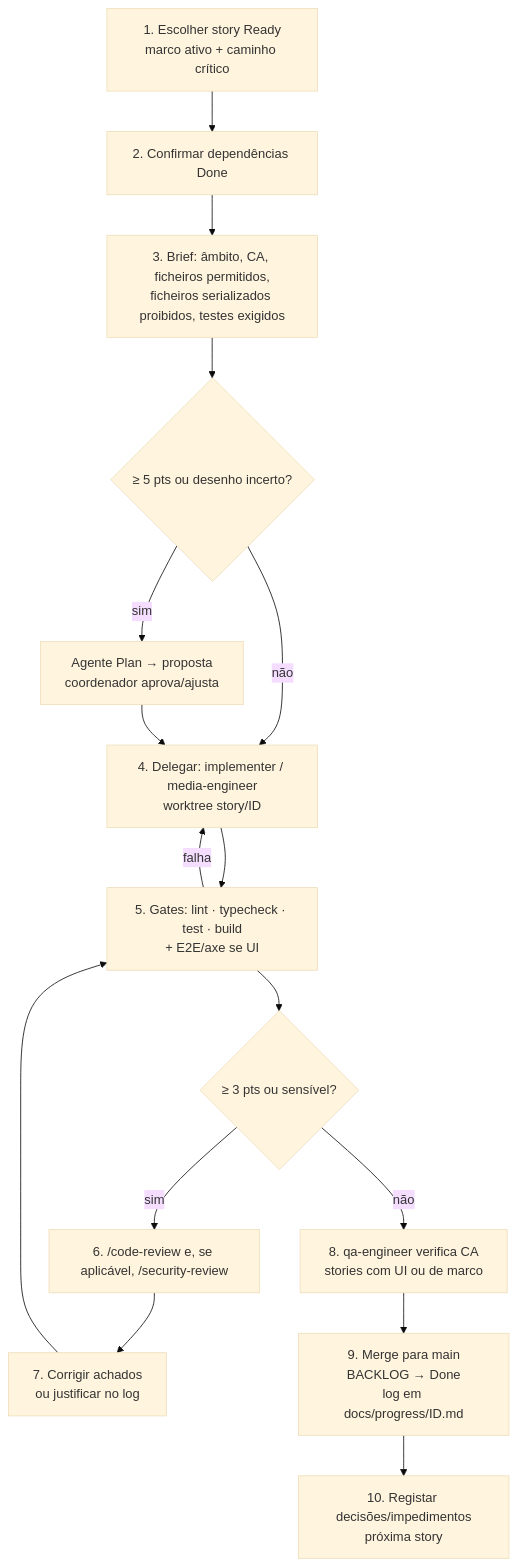
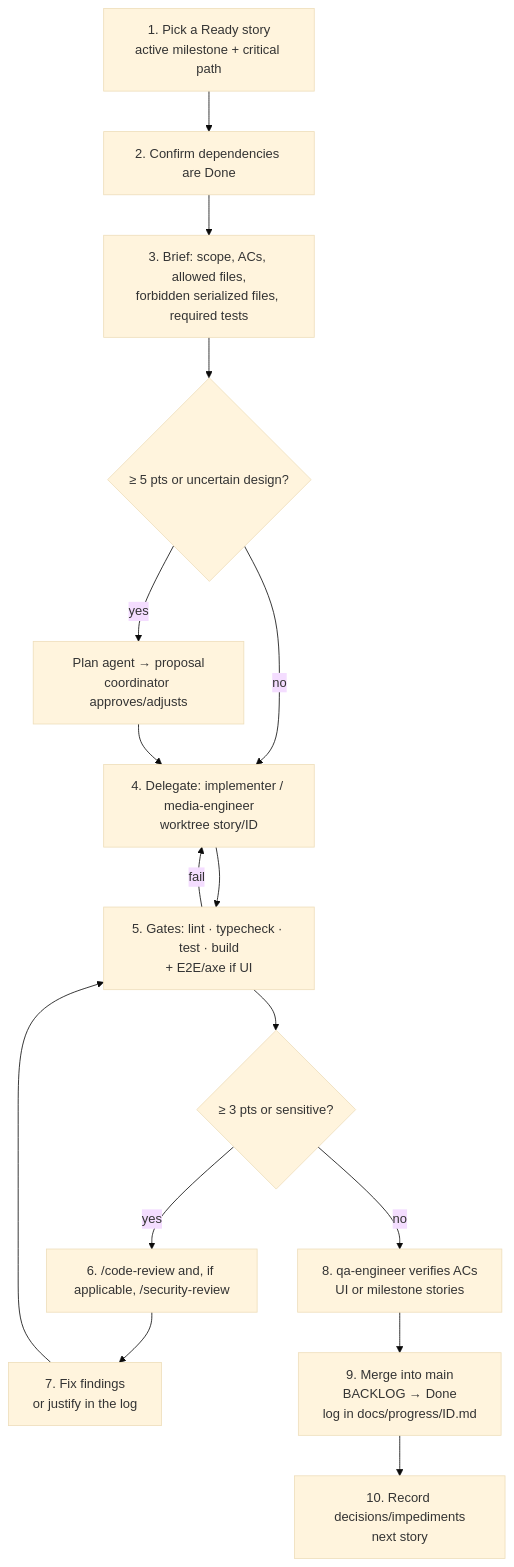
One commit to mariopires9/simple_iptv changed the diagram in docs/AGENT_WORKFLOW.md. Above: the diagram before and after it, drawn with Mermaid (base theme). The commit also changed other lines of this file and 14 other files, not shown here.

Commit message:
docs: translate README, CLAUDE.md, workflow, test/security/deployment docs and agent definitions to English

````diff
--- a/docs/AGENT_WORKFLOW.md
+++ b/docs/AGENT_WORKFLOW.md
@@ -22,18 +22,18 @@
 ```mermaid
 flowchart TD
-  A[1. Escolher story Ready<br/>marco ativo + caminho crítico] --> B[2. Confirmar dependências Done]
-  B --> C[3. Brief: âmbito, CA, ficheiros permitidos,<br/>ficheiros serializados proibidos, testes exigidos]
-  C --> D{≥ 5 pts ou desenho incerto?}
-  D -- sim --> P[Agente Plan → proposta<br/>coordenador aprova/ajusta]
-  D -- não --> E
-  P --> E[4. Delegar: implementer / media-engineer<br/>worktree story/ID]
-  E --> F[5. Gates: lint · typecheck · test · build<br/>+ E2E/axe se UI]
-  F -- falha --> E
-  F --> G{≥ 3 pts ou sensível?}
-  G -- sim --> R[6. /code-review e, se aplicável, /security-review]
-  G -- não --> H
-  R --> X[7. Corrigir achados<br/>ou justificar no log]
+  A[1. Pick a Ready story<br/>active milestone + critical path] --> B[2. Confirm dependencies are Done]
+  B --> C[3. Brief: scope, ACs, allowed files,<br/>forbidden serialized files, required tests]
+  C --> D{≥ 5 pts or uncertain design?}
+  D -- yes --> P[Plan agent → proposal<br/>coordinator approves/adjusts]
+  D -- no --> E
+  P --> E[4. Delegate: implementer / media-engineer<br/>worktree story/ID]
+  E --> F[5. Gates: lint · typecheck · test · build<br/>+ E2E/axe if UI]
+  F -- fail --> E
+  F --> G{≥ 3 pts or sensitive?}
+  G -- yes --> R[6. /code-review and, if applicable, /security-review]
+  G -- no --> H
+  R --> X[7. Fix findings<br/>or justify in the log]
   X --> F
-  H[8. qa-engineer verifica CA<br/>stories com UI ou de marco] --> I[9. Merge para main<br/>BACKLOG → Done<br/>log em docs/progress/ID.md]
-  I --> J[10. Registar decisões/impedimentos<br/>próxima story]
+  H[8. qa-engineer verifies ACs<br/>UI or milestone stories] --> I[9. Merge into main<br/>BACKLOG → Done<br/>log in docs/progress/ID.md]
+  I --> J[10. Record decisions/impediments<br/>next story]
 ```
````
